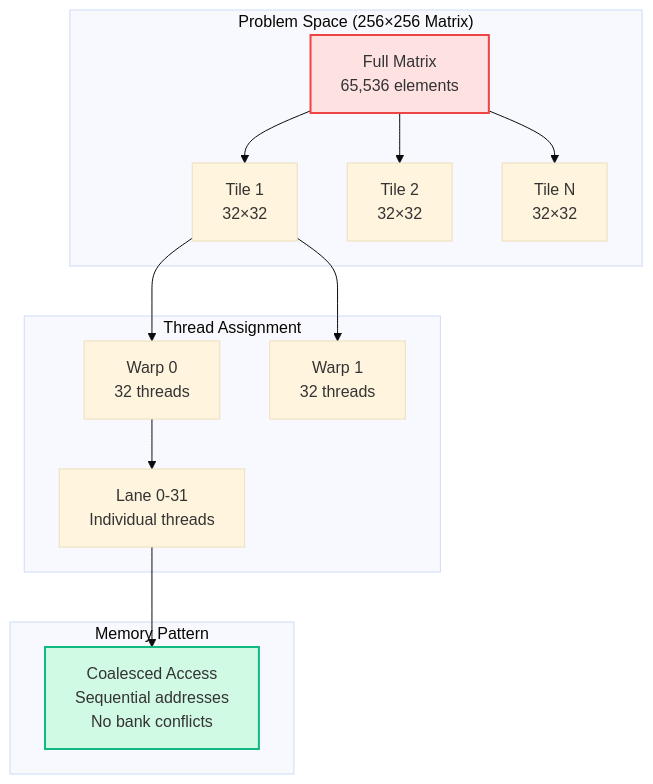
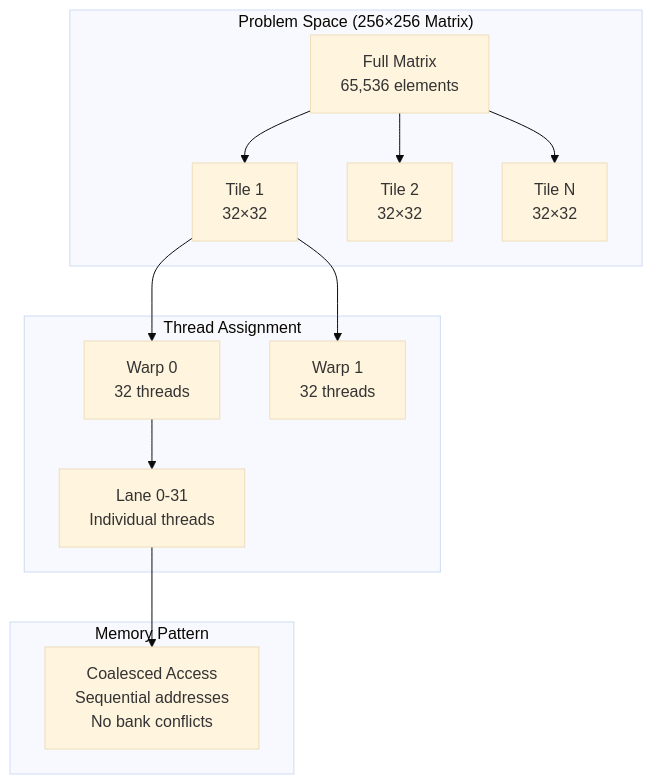
One commit to hdt98/rocm-libraries changed the third of 7 diagrams in projects/composablekernel/docs/conceptual/ck_tile/tile_distribution.rst. Above: the diagram before and after it, drawn with Mermaid (base theme). The commit also changed other lines of this file and 21 other files, not shown here.

First line of the commit message:
[ck] Updated CK Tile documentation to use mermaid diagrams (#7955)

```diff
--- a/projects/composablekernel/docs/conceptual/ck_tile/tile_distribution.rst
+++ b/projects/composablekernel/docs/conceptual/ck_tile/tile_distribution.rst
@@ -158,32 +123,28 @@
-      .. mermaid::
-      
-   
-         graph TB
-             subgraph "Problem Space (256×256 Matrix)"
-                 M["Full Matrix<br/>65,536 elements"]
-                 T1["Tile 1<br/>32×32"]
-                 T2["Tile 2<br/>32×32"]
-                 TN["Tile N<br/>32×32"]
-             end
-   
-             subgraph "Thread Assignment"
-                 W0["Warp 0<br/>32 threads"]
-                 W1["Warp 1<br/>32 threads"]
-                 L0["Lane 0-31<br/>Individual threads"]
-             end
-   
-             subgraph "Memory Pattern"
-                 MP["Coalesced Access<br/>Sequential addresses<br/>No bank conflicts"]
-             end
-   
-             M --> T1
-             M --> T2
-             M --> TN
-   
-             T1 --> W0
-             T1 --> W1
-             W0 --> L0
-             L0 --> MP
-   
-             style M fill:#fee2e2,stroke:#ef4444,stroke-width:2px
-             style MP fill:#d1fae5,stroke:#10b981,stroke-width:2px
+.. mermaid::
+
+   graph TB
+       subgraph "Problem Space (256×256 Matrix)"
+           M["Full Matrix<br/>65,536 elements"]
+           T1["Tile 1<br/>32×32"]
+           T2["Tile 2<br/>32×32"]
+           TN["Tile N<br/>32×32"]
+       end
+
+       subgraph "Thread Assignment"
+           W0["Warp 0<br/>32 threads"]
+           W1["Warp 1<br/>32 threads"]
+           L0["Lane 0-31<br/>Individual threads"]
+       end
+
+       subgraph "Memory Pattern"
+           MP["Coalesced Access<br/>Sequential addresses<br/>No bank conflicts"]
+       end
+
+       M --> T1
+       M --> T2
+       M --> TN
+
+       T1 --> W0
+       T1 --> W1
+       W0 --> L0
+       L0 --> MP
```
